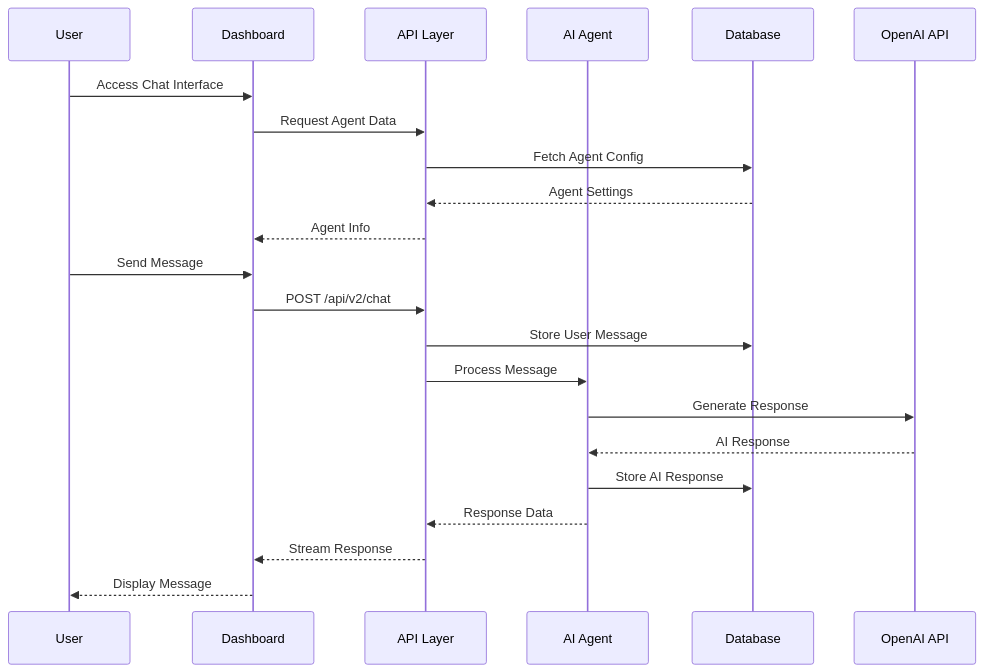
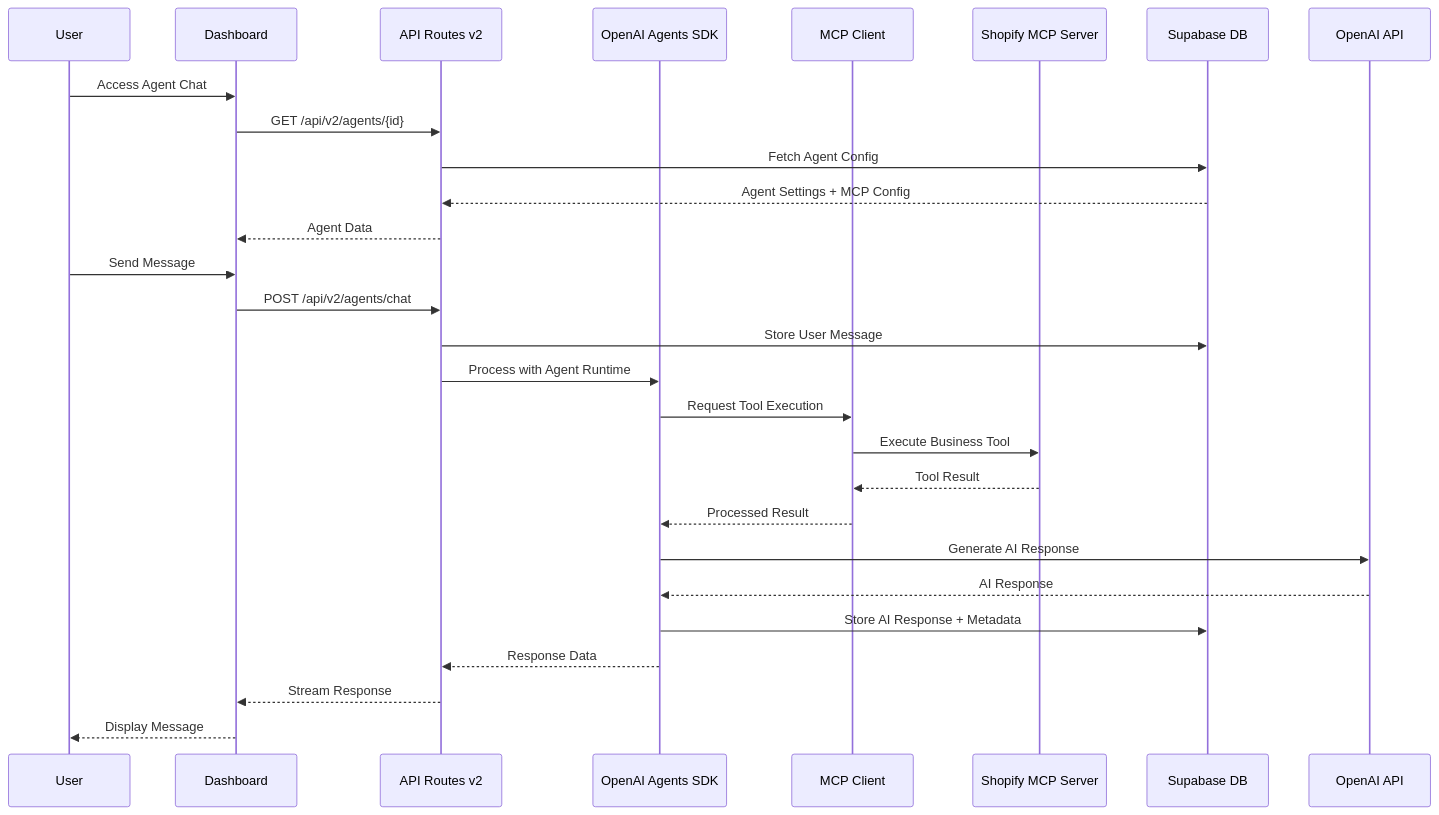
Before and after one commit to Parham-dev/ai-agent-cs: the third of 7 diagrams in docs/ARCHITECTURE.md, drawn with Mermaid. The commit also changed other lines of this file and 1 other file, not shown here.

````diff
--- a/docs/ARCHITECTURE.md
+++ b/docs/ARCHITECTURE.md
@@ -137,26 +183,34 @@
 ```mermaid
 sequenceDiagram
-    participant U as User
-    participant UI as Dashboard
-    participant API as API Layer
-    participant Agent as AI Agent
-    participant DB as Database
+    participant User as User
+    participant Dashboard as Dashboard
+    participant API as API Routes v2
+    participant Agent as OpenAI Agents SDK
+    participant MCP as MCP Client
+    participant Shopify as Shopify MCP Server
+    participant DB as Supabase DB
     participant OpenAI as OpenAI API
 
-    U->>UI: Access Chat Interface
-    UI->>API: Request Agent Data
+    User->>Dashboard: Access Agent Chat
+    Dashboard->>API: GET /api/v2/agents/{id}
     API->>DB: Fetch Agent Config
-    DB-->>API: Agent Settings
-    API-->>UI: Agent Info
+    DB-->>API: Agent Settings + MCP Config
+    API-->>Dashboard: Agent Data
     
-    U->>UI: Send Message
-    UI->>API: POST /api/v2/chat
+    User->>Dashboard: Send Message
+    Dashboard->>API: POST /api/v2/agents/chat
     API->>DB: Store User Message
-    API->>Agent: Process Message
-    Agent->>OpenAI: Generate Response
+    API->>Agent: Process with Agent Runtime
+    
+    Agent->>MCP: Request Tool Execution
+    MCP->>Shopify: Execute Business Tool
+    Shopify-->>MCP: Tool Result
+    MCP-->>Agent: Processed Result
+    
+    Agent->>OpenAI: Generate AI Response
     OpenAI-->>Agent: AI Response
-    Agent->>DB: Store AI Response
+    Agent->>DB: Store AI Response + Metadata
     Agent-->>API: Response Data
-    API-->>UI: Stream Response
-    UI-->>U: Display Message
+    API-->>Dashboard: Stream Response
+    Dashboard-->>User: Display Message
 ```
````
